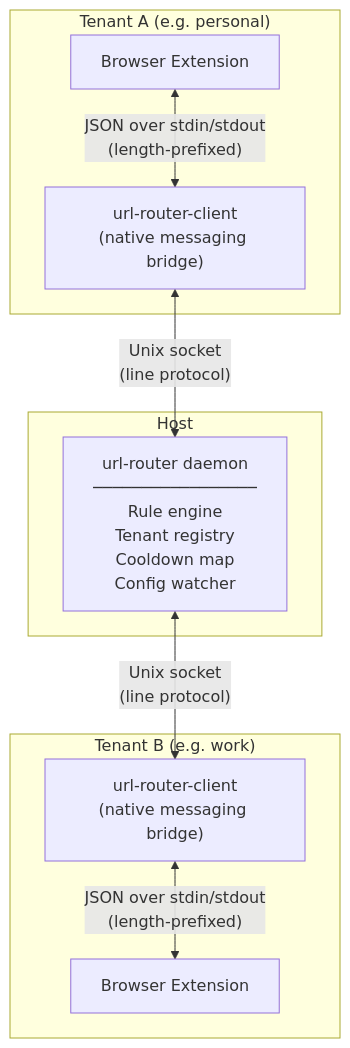
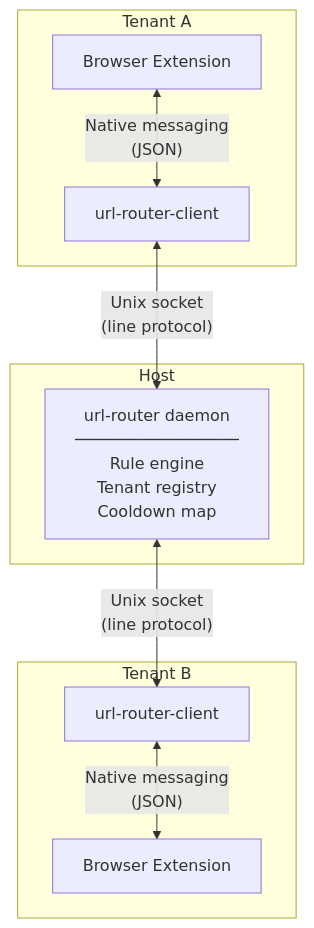
One commit to andersfugmann/multi-tenant changed the first of 2 diagrams in README.md. Above: the diagram before and after it, drawn with Mermaid. The commit also changed other lines of this file and 1 other file, not shown here.

````diff
--- a/README.md
+++ b/README.md
@@ -16,21 +9,17 @@
 ```mermaid
 graph TB
-    subgraph "Tenant A (e.g. personal)"
-        A_EXT["Browser Extension"]
-        A_BRIDGE["url-router-client<br/>(native messaging bridge)"]
-        A_EXT <-->|"JSON over stdin/stdout<br/>(length-prefixed)"| A_BRIDGE
+    subgraph "Tenant A"
+        A_EXT["Browser Extension"] <-->|"Native messaging<br/>(JSON)"| A_BRIDGE["url-router-client"]
     end
 
     subgraph "Host"
-        DAEMON["url-router daemon<br/>─────────────────<br/>Rule engine<br/>Tenant registry<br/>Cooldown map<br/>Config watcher"]
+        DAEMON["url-router daemon<br/>─────────────────<br/>Rule engine<br/>Tenant registry<br/>Cooldown map"]
     end
 
-    subgraph "Tenant B (e.g. work)"
-        B_BRIDGE["url-router-client<br/>(native messaging bridge)"]
-        B_EXT["Browser Extension"]
-        B_BRIDGE <-->|"JSON over stdin/stdout<br/>(length-prefixed)"| B_EXT
+    subgraph "Tenant B"
+        B_BRIDGE["url-router-client"] <-->|"Native messaging<br/>(JSON)"| B_EXT["Browser Extension"]
     end
 
     A_BRIDGE <-->|"Unix socket<br/>(line protocol)"| DAEMON
     DAEMON <-->|"Unix socket<br/>(line protocol)"| B_BRIDGE
 ```
````
